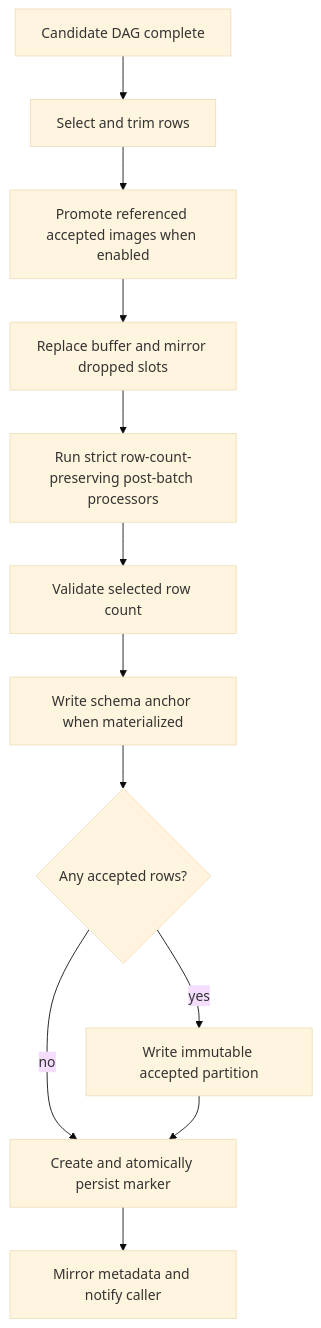
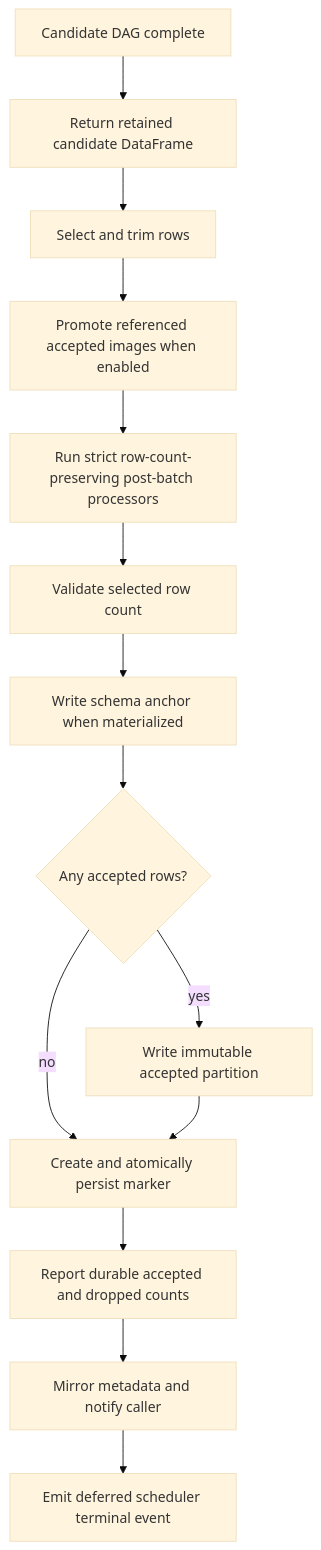
One commit to NVIDIA-NeMo/DataDesigner changed the fourth of 7 diagrams in plans/790/engine-native-record-selection.md. Above: the diagram before and after it, drawn with Mermaid (base theme). The commit also changed other lines of this file and 16 other files, not shown here.

````diff
--- a/plans/790/engine-native-record-selection.md
+++ b/plans/790/engine-native-record-selection.md
@@ -654,14 +672,16 @@
 ```mermaid
 flowchart TD
-    dag["Candidate DAG complete"] --> select["Select and trim rows"]
+    dag["Candidate DAG complete"] --> retained["Return retained candidate DataFrame"]
+    retained --> select["Select and trim rows"]
     select --> media["Promote referenced accepted images when enabled"]
-    media --> buffer["Replace buffer and mirror dropped slots"]
-    buffer --> post["Run strict row-count-preserving post-batch processors"]
+    media --> post["Run strict row-count-preserving post-batch processors"]
     post --> validate["Validate selected row count"]
     validate --> schema["Write schema anchor when materialized"]
     schema --> write{"Any accepted rows?"}
     write -->|yes| parquet["Write immutable accepted partition"]
     write -->|no| marker["Create and atomically persist marker"]
     parquet --> marker
-    marker --> mirror["Mirror metadata and notify caller"]
+    marker --> telemetry["Report durable accepted and dropped counts"]
+    telemetry --> mirror["Mirror metadata and notify caller"]
+    mirror --> terminal["Emit deferred scheduler terminal event"]
 ```
````
